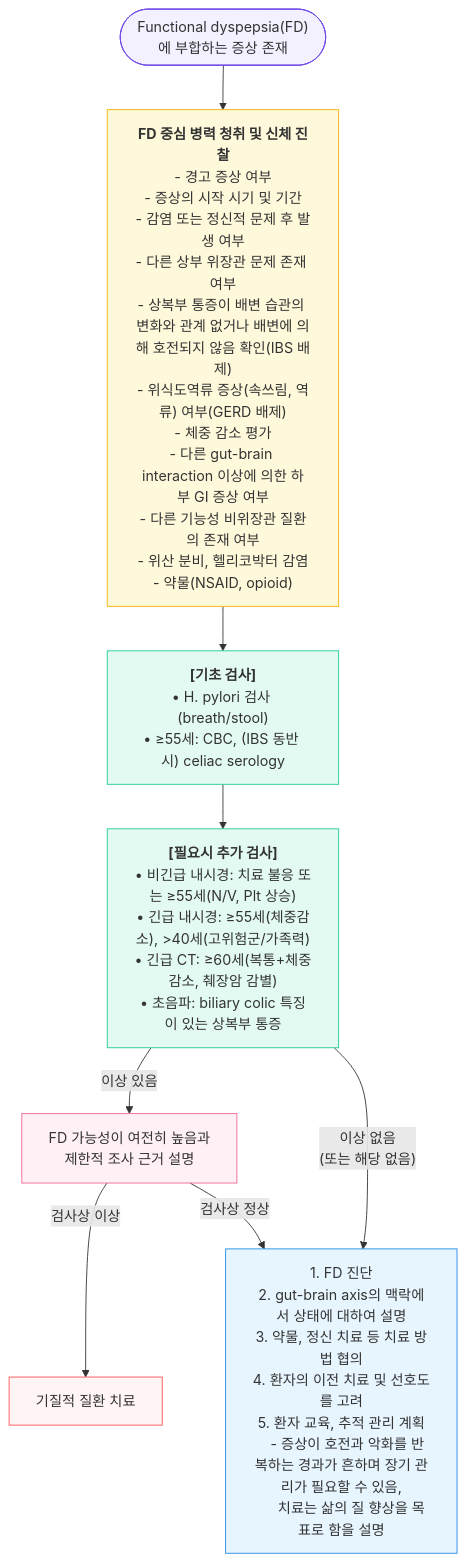
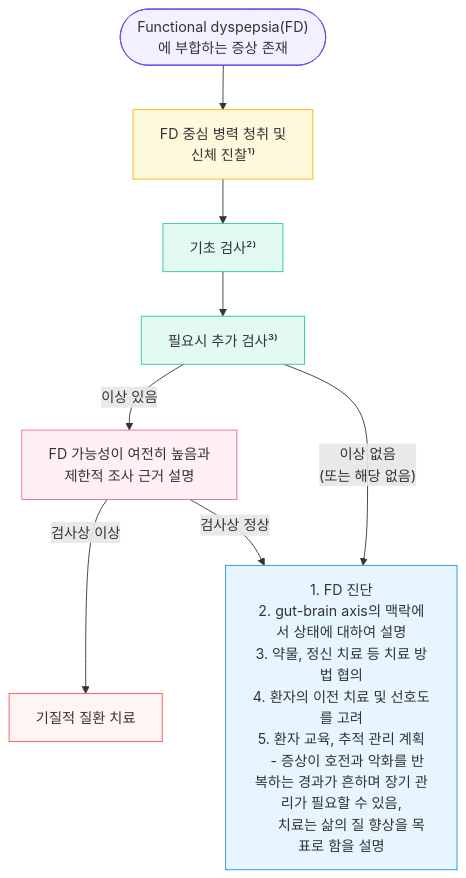
The diagram in 224_/076_-functional-dyspepsia-fd.md (familyoh77/familyoh77), drawn with Mermaid before and after one commit. The commit also changed other lines of this file and 1 other file, not shown here.

````diff
--- a/224_/076_-functional-dyspepsia-fd.md
+++ b/224_/076_-functional-dyspepsia-fd.md
@@ -160,43 +130,29 @@
 ```mermaid
 graph TD
     Start(["Functional dyspepsia(FD)에 부합하는 증상 존재"]) 
-    --> History["<b>FD 중심 병력 청취 및 신체 진찰</b>
-- 경고 증상 여부
-- 증상의 시작 시기 및 기간
-- 감염 또는 정신적 문제 후 발생 여부
-- 다른 상부 위장관 문제 존재 여부
-- 상복부 통증이 배변 습관의 변화와 관계 없거나 배변에 의해 호전되지 않음 확인(IBS 배제)
-- 위식도역류 증상(속쓰림, 역류) 여부(GERD 배제)
-- 체중 감소 평가
-- 다른 gut-brain interaction 이상에 의한 하부 GI 증상 여부
-- 다른 기능성 비위장관 질환의 존재 여부
-- 위산 분비, 헬리코박터 감염
-- 약물(NSAID, opioid)
-"]
-
-    History --> Labs["<b>[기초 검사]</b><br/>• H. pylori 검사 (breath/stool)<br/>• ≥55세: CBC, (IBS 동반 시) celiac serology"]
-    
-    Labs --> AddTest["<b>[필요시 추가 검사]</b><br/>• 비긴급 내시경: 치료 불응 또는 ≥55세(N/V, Plt 상승)<br/>• 긴급 내시경: ≥55세(체중감소), >40세(고위험군/가족력)<br/>• 긴급 CT: ≥60세(복통+체중감소, 췌장암 감별)<br/>• 초음파: biliary colic 특징이 있는 상복부 통증"]
+    --> History["FD 중심 병력 청취 및<br/> 신체 진찰¹⁾"]
+    History --> Labs["기초 검사²⁾"]
+    Labs --> AddTest["필요시 추가 검사³⁾"]
 
     AddTest -- "이상 있음" --> Expl["FD 가능성이 여전히 높음과<br/>제한적 조사 근거 설명"]
     
     Expl -- "검사상 이상" --> Organic["기질적 질환 치료"]
     Expl -- "검사상 정상" --> FD_Diag["1. FD 진단
 2. gut-brain axis의 맥락에서 상태에 대하여 설명
 3. 약물, 정신 치료 등 치료 방법 협의
 4. 환자의 이전 치료 및 선호도를 고려
 5. 환자 교육, 추적 관리 계획
    - 증상이 호전과 악화를 반복하는 경과가 흔하며 장기 관리가 필요할 수 있음,
      치료는 삶의 질 향상을 목표로 함을 설명
 "]
     
     AddTest -- "이상 없음<br/>(또는 해당 없음)" --> FD_Diag
 
     style Start fill:#f3f0ff,stroke:#7048e8
     style History fill:#fff9db,stroke:#fab005
     style Labs fill:#e3faf2,stroke:#20c997
     style AddTest fill:#e3faf2,stroke:#20c997
     style Expl fill:#fff0f6,stroke:#f06595
     style FD_Diag fill:#e7f5ff,stroke:#228be6
     style Organic fill:#fff5f5,stroke:#fa5252
 ```
````
